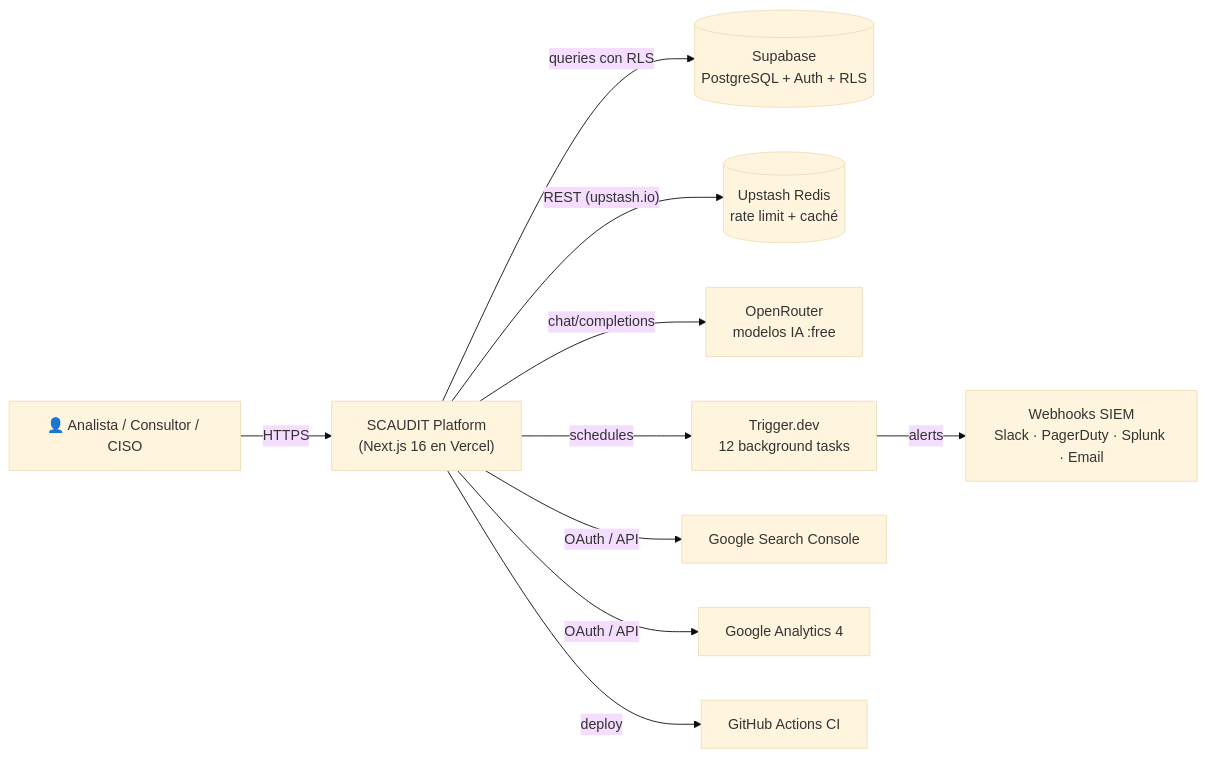
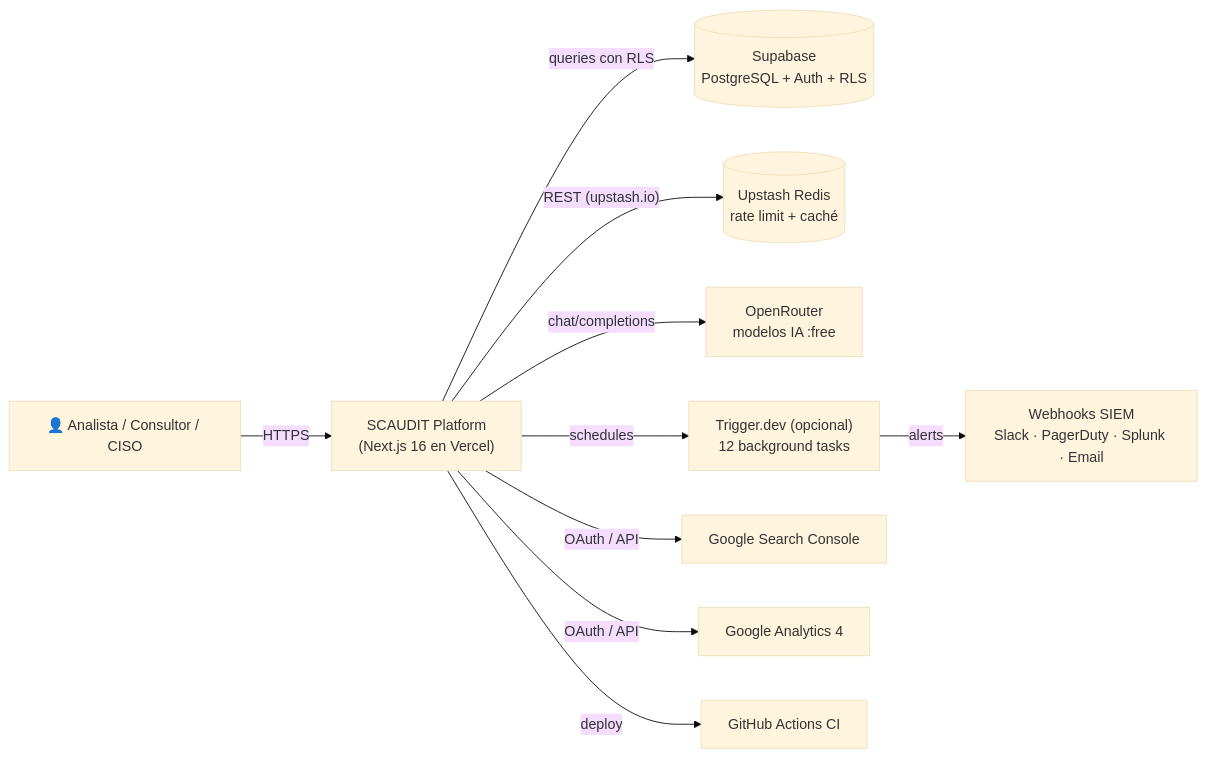
The first of 8 diagrams in docs/architecture/ENTERPRISE-ARCHITECTURE.md (StrategicConnex/StrategicConnexAudit), drawn with Mermaid (base theme) before and after one commit. The commit also changed other lines of this file and 4 other files, not shown here.

First line of the commit message:
docs(architecture): sincronizar docs con el estado real y el C4 (v3.2)

````diff
--- a/docs/architecture/ENTERPRISE-ARCHITECTURE.md
+++ b/docs/architecture/ENTERPRISE-ARCHITECTURE.md
@@ -68,23 +68,23 @@
 ```mermaid
 flowchart LR
     USER["👤 Analista / Consultor / CISO"]
     APP["SCAUDIT Platform<br/>(Next.js 16 en Vercel)"]
     SUPABASE[("Supabase<br/>PostgreSQL + Auth + RLS")]
     REDIS[("Upstash Redis<br/>rate limit + caché")]
     OPENROUTER["OpenRouter<br/>modelos IA :free"]
-    TRIGGER["Trigger.dev<br/>12 background tasks"]
+    TRIGGER["Trigger.dev (opcional)<br/>12 background tasks"]
     WEBHOOKS["Webhooks SIEM<br/>Slack · PagerDuty · Splunk · Email"]
     GSC["Google Search Console"]
     GA4["Google Analytics 4"]
     GITHUB["GitHub Actions CI"]
 
     USER -->|"HTTPS"| APP
     APP -->|"queries con RLS"| SUPABASE
     APP -->|"REST (upstash.io)"| REDIS
     APP -->|"chat/completions"| OPENROUTER
     APP -->|"schedules"| TRIGGER
     TRIGGER -->|"alerts"| WEBHOOKS
     APP -->|"OAuth / API"| GSC
     APP -->|"OAuth / API"| GA4
     APP -->|"deploy"| GITHUB
 ```
````
